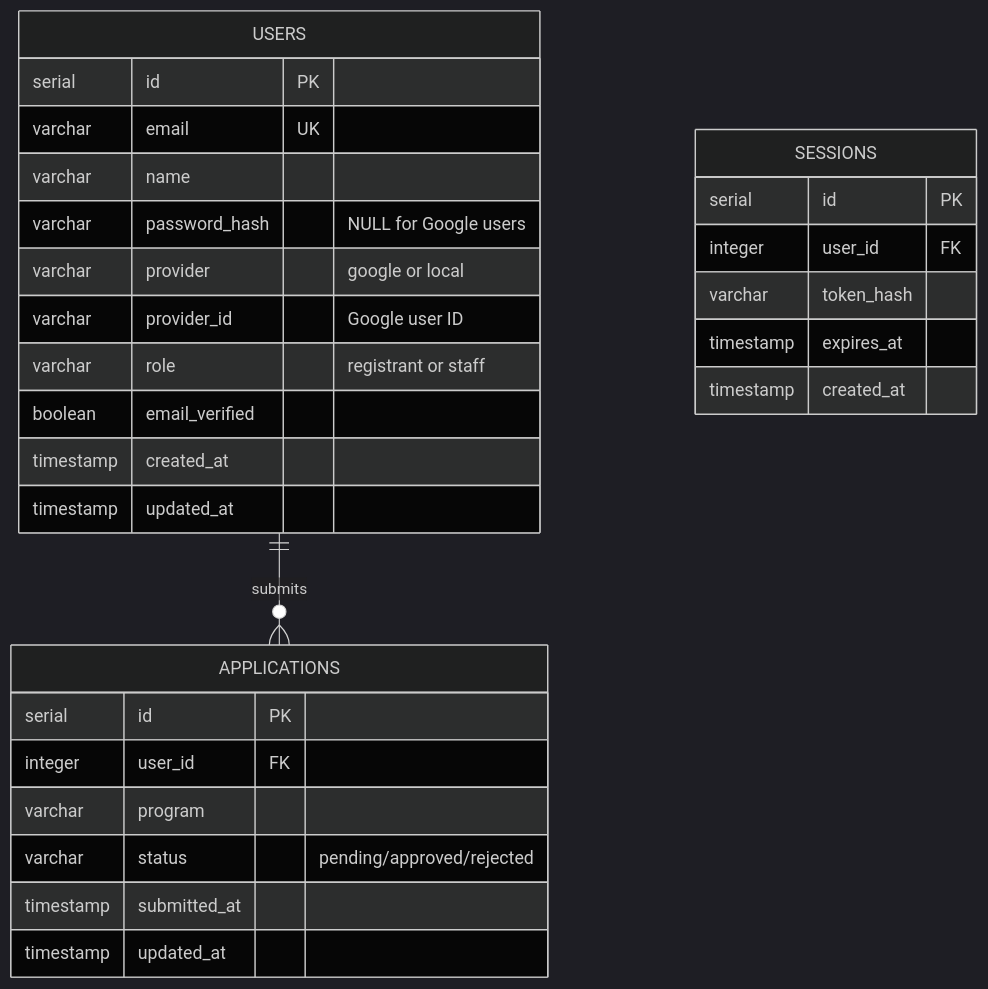
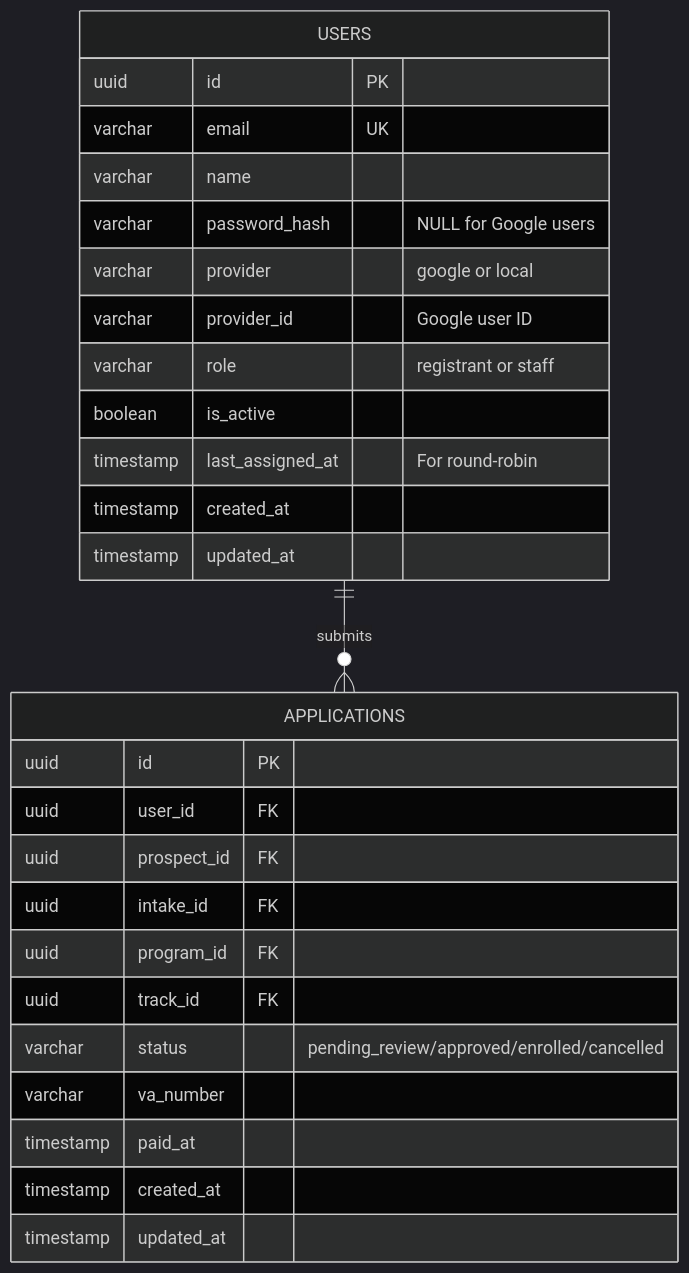
The seventh of 11 diagrams in docs/ARCHITECTURE.md (idtazkia/website-stmik), drawn with Mermaid (dark theme) before and after one commit. The commit also changed other lines of this file and 7 other files, not shown here.

First line of the commit message:
Sync all docs to Go backend architecture

````diff
--- a/docs/ARCHITECTURE.md
+++ b/docs/ARCHITECTURE.md
@@ -323,33 +309,32 @@
 ```mermaid
 erDiagram
     USERS ||--o{ APPLICATIONS : submits
     USERS {
-        serial id PK
+        uuid id PK
         varchar email UK
         varchar name
         varchar password_hash "NULL for Google users"
         varchar provider "google or local"
         varchar provider_id "Google user ID"
         varchar role "registrant or staff"
-        boolean email_verified
+        boolean is_active
+        timestamp last_assigned_at "For round-robin"
         timestamp created_at
         timestamp updated_at
     }
 
     APPLICATIONS {
-        serial id PK
-        integer user_id FK
-        varchar program
-        varchar status "pending/approved/rejected"
-        timestamp submitted_at
+        uuid id PK
+        uuid user_id FK
+        uuid prospect_id FK
+        uuid intake_id FK
+        uuid program_id FK
+        uuid track_id FK
+        varchar status "pending_review/approved/enrolled/cancelled"
+        varchar va_number
+        timestamp paid_at
+        timestamp created_at
         timestamp updated_at
     }
 
-    SESSIONS {
-        serial id PK
-        integer user_id FK
-        varchar token_hash
-        timestamp expires_at
-        timestamp created_at
-    }
 ```
````
